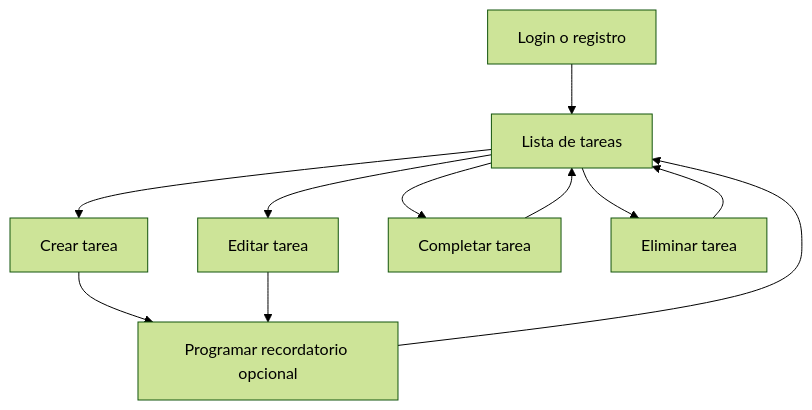
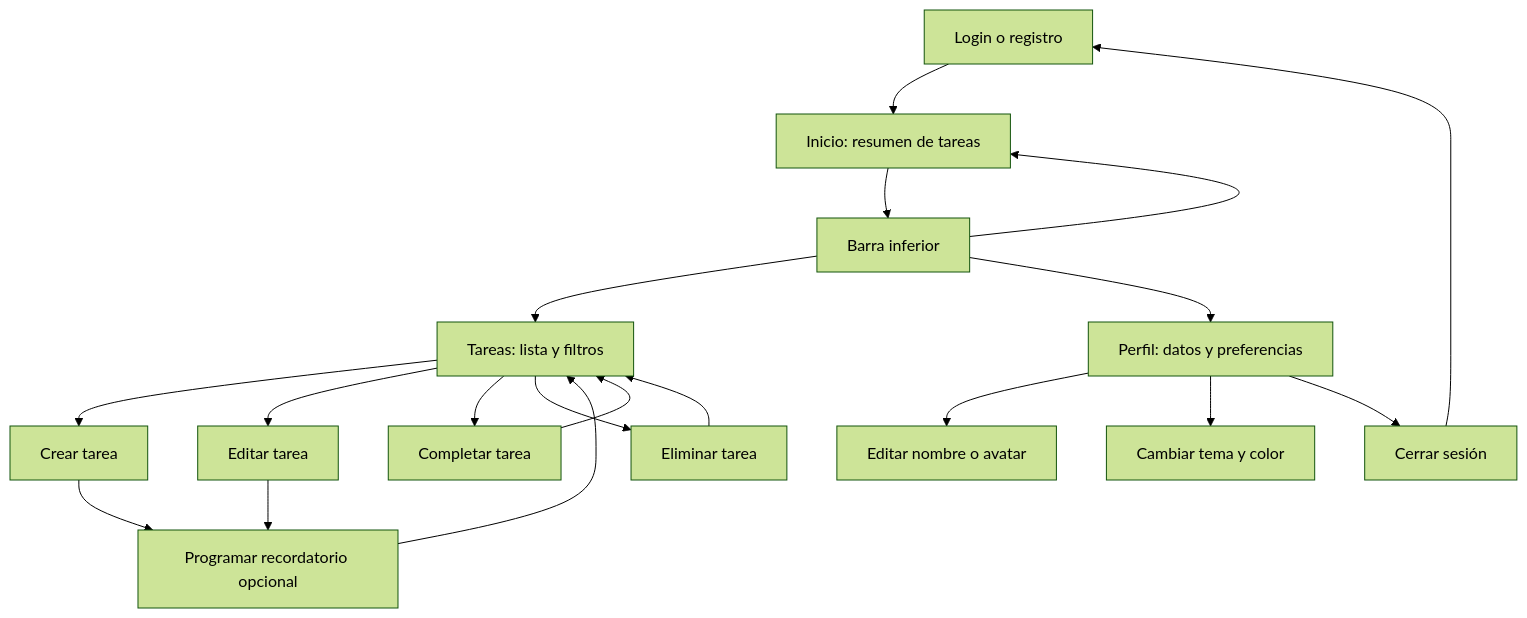
The diagram in docs/flujo-usuario.md (adan167/Flutter-gestor-tareas), drawn with Mermaid (forest theme) before and after one commit. The commit also changed 11 other files, not shown here.

````diff
--- a/docs/flujo-usuario.md
+++ b/docs/flujo-usuario.md
@@ -3,21 +3,35 @@
 ```mermaid
 flowchart TD
     login["Login o registro"]
-    list["Lista de tareas"]
+    home["Inicio: resumen de tareas"]
+    nav["Barra inferior"]
+    list["Tareas: lista y filtros"]
+    profile["Perfil: datos y preferencias"]
     create["Crear tarea"]
     edit["Editar tarea"]
     reminder["Programar recordatorio opcional"]
     complete["Completar tarea"]
     delete["Eliminar tarea"]
+    name["Editar nombre o avatar"]
+    appearance["Cambiar tema y color"]
+    logout["Cerrar sesión"]
 
-    login --> list
+    login --> home
+    home --> nav
+    nav --> home
+    nav --> list
+    nav --> profile
     list --> create
     list --> edit
     create --> reminder
     edit --> reminder
     reminder --> list
     list --> complete
     complete --> list
     list --> delete
     delete --> list
+    profile --> name
+    profile --> appearance
+    profile --> logout
+    logout --> login
 ```
````
